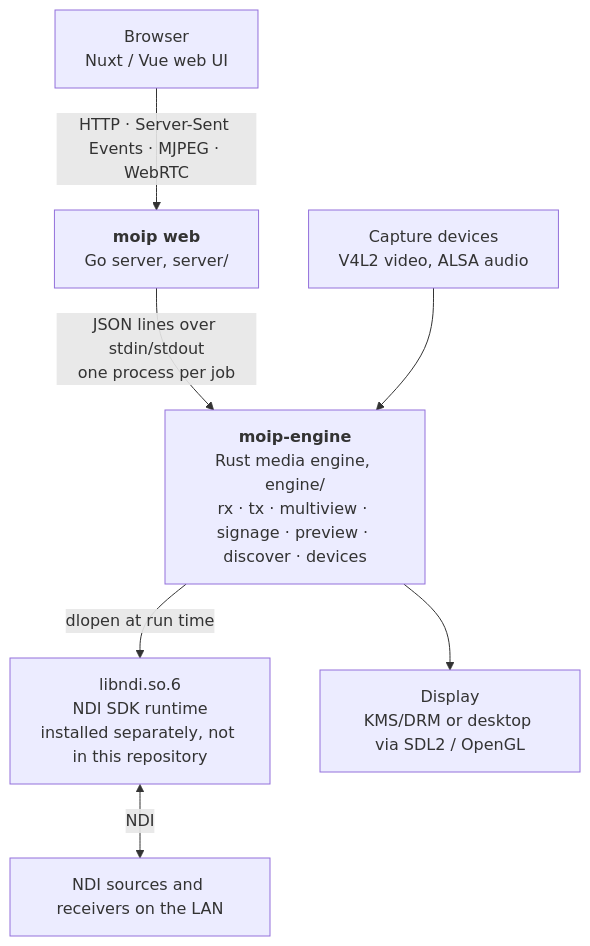
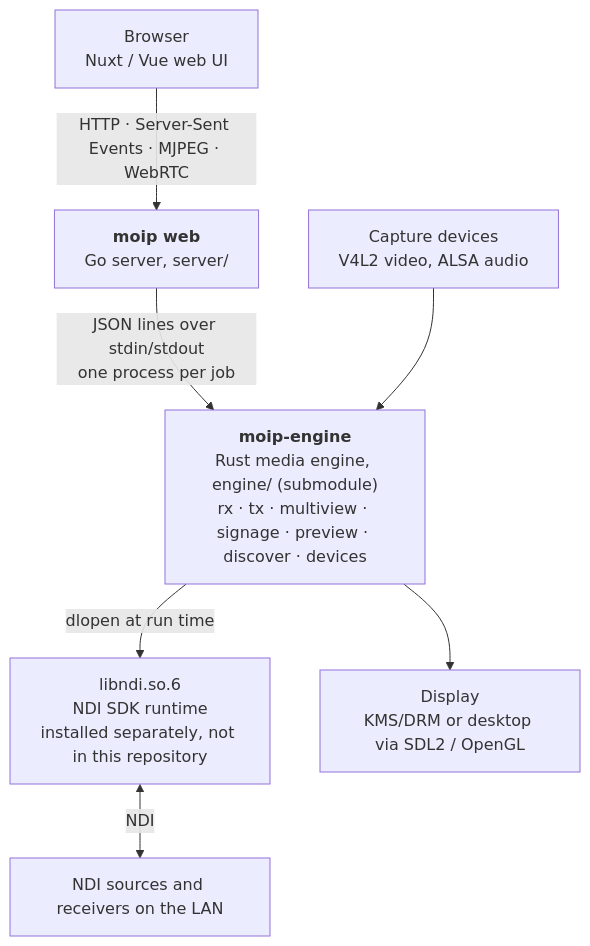
Before and after one commit to TechnoTUT/moip-toolkit: the diagram in README.md, drawn with Mermaid. The commit also changed other lines of this file and 27 other files, not shown here.

First line of the commit message:
chore: move engine/ to TechnoTUT/moip-engine as a submodule

````diff
--- a/README.md
+++ b/README.md
@@ -10,17 +10,17 @@
 ```mermaid
 flowchart TD
     browser["Browser<br/>Nuxt / Vue web UI"]
     server["<b>moip web</b><br/>Go server, server/"]
-    engine["<b>moip-engine</b><br/>Rust media engine, engine/<br/>rx · tx · multiview · signage · preview · discover · devices"]
+    engine["<b>moip-engine</b><br/>Rust media engine, engine/ (submodule)<br/>rx · tx · multiview · signage · preview · discover · devices"]
     ndi["libndi.so.6<br/>NDI SDK runtime<br/>installed separately, not in this repository"]
     display["Display<br/>KMS/DRM or desktop via SDL2 / OpenGL"]
     capture["Capture devices<br/>V4L2 video, ALSA audio"]
     lan["NDI sources and receivers on the LAN"]
 
     browser -- "HTTP · Server-Sent Events · MJPEG · WebRTC" --> server
     server -- "JSON lines over stdin/stdout<br/>one process per job" --> engine
     engine -- "dlopen at run time" --> ndi
     ndi <-- "NDI" --> lan
     engine --> display
     capture --> engine
 ```
````
